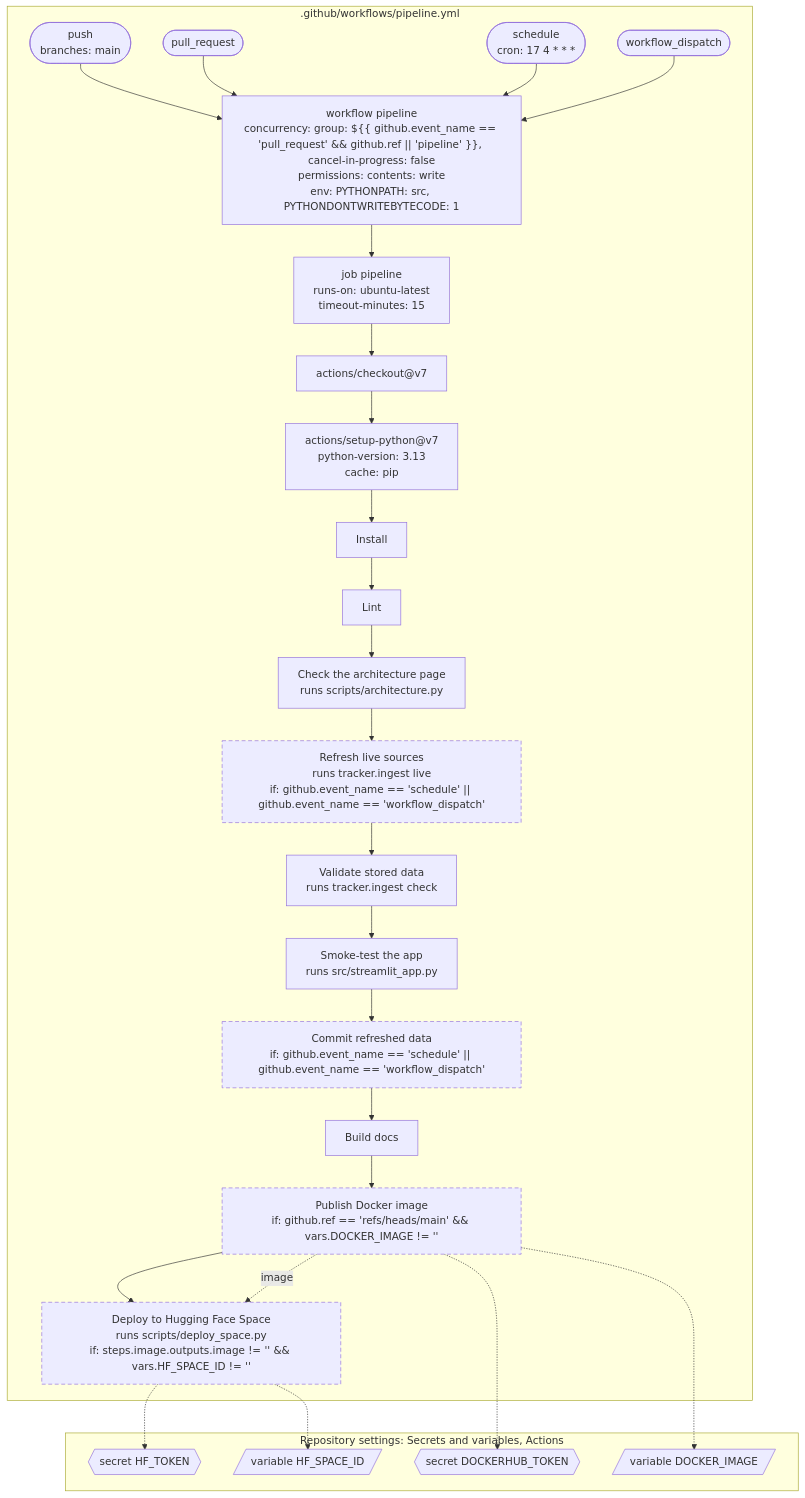
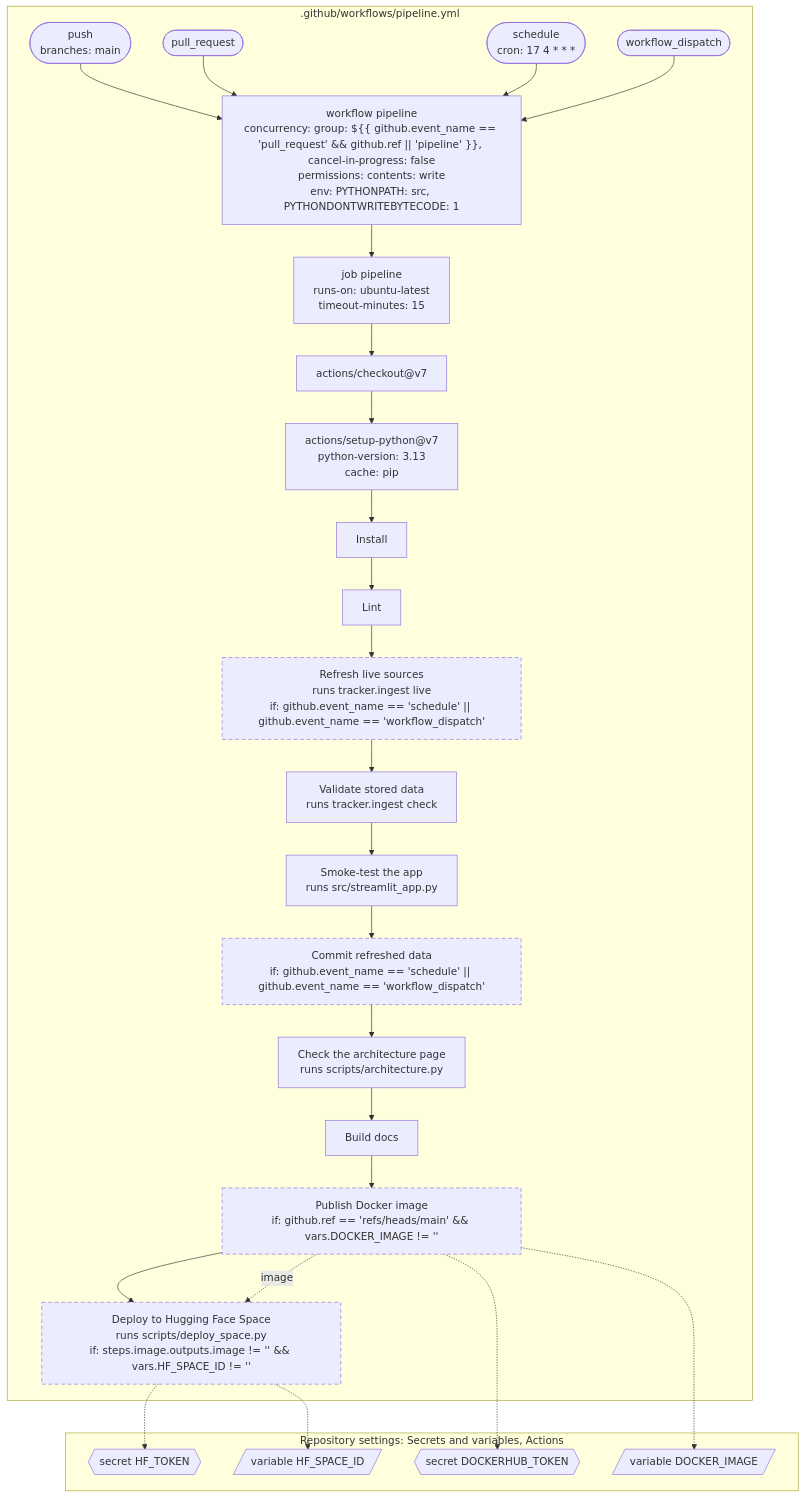
Before and after one commit to tryph0n/hybrid-tracker: the second of 3 diagrams in docs/architecture.md, drawn with Mermaid. The commit also changed 4 other files, not shown here.

First line of the commit message:
docs: fix Mermaid titles and run the doc checks after the data commit

````diff
--- a/docs/architecture.md
+++ b/docs/architecture.md
@@ -58,55 +58,55 @@
 ```mermaid
 ---
 config: {"flowchart": {"wrappingWidth": 400}}
 ---
 flowchart TB
   classDef conditional stroke-dasharray: 6 4
   subgraph workflow_pipeline_yml_box[".github/workflows/pipeline.yml"]
     on_pipeline_yml_push(["push<br/>branches: main"])
     on_pipeline_yml_push --> workflow_pipeline_yml
     on_pipeline_yml_pull_request(["pull_request"])
     on_pipeline_yml_pull_request --> workflow_pipeline_yml
     on_pipeline_yml_schedule(["schedule<br/>cron: 17 4 * * *"])
     on_pipeline_yml_schedule --> workflow_pipeline_yml
     on_pipeline_yml_workflow_dispatch(["workflow_dispatch"])
     on_pipeline_yml_workflow_dispatch --> workflow_pipeline_yml
     workflow_pipeline_yml["workflow pipeline<br/>concurrency: group: ${{ github.event_name == 'pull_request' #amp;#amp; github.ref || 'pipeline' }}, cancel-in-progress: false<br/>permissions: contents: write<br/>env: PYTHONPATH: src, PYTHONDONTWRITEBYTECODE: 1"]
     job_pipeline_yml_pipeline["job pipeline<br/>runs-on: ubuntu-latest<br/>timeout-minutes: 15"]
     workflow_pipeline_yml --> job_pipeline_yml_pipeline
     step_actions_checkout_v7["actions/checkout@v7"]
     job_pipeline_yml_pipeline --> step_actions_checkout_v7
     step_actions_setup_python_v7["actions/setup-python@v7<br/>python-version: 3.13<br/>cache: pip"]
     step_actions_checkout_v7 --> step_actions_setup_python_v7
     step_Install["Install"]
     step_actions_setup_python_v7 --> step_Install
     step_Lint["Lint"]
     step_Install --> step_Lint
-    step_Check_the_architecture_page["Check the architecture page<br/>runs scripts/architecture.py"]
-    step_Lint --> step_Check_the_architecture_page
     step_Refresh_live_sources["Refresh live sources<br/>runs tracker.ingest live<br/>if: github.event_name == 'schedule' || github.event_name == 'workflow_dispatch'"]:::conditional
-    step_Check_the_architecture_page --> step_Refresh_live_sources
+    step_Lint --> step_Refresh_live_sources
     step_Validate_stored_data["Validate stored data<br/>runs tracker.ingest check"]
     step_Refresh_live_sources --> step_Validate_stored_data
     step_Smoke_test_the_app["Smoke-test the app<br/>runs src/streamlit_app.py"]
     step_Validate_stored_data --> step_Smoke_test_the_app
     step_Commit_refreshed_data["Commit refreshed data<br/>if: github.event_name == 'schedule' || github.event_name == 'workflow_dispatch'"]:::conditional
     step_Smoke_test_the_app --> step_Commit_refreshed_data
+    step_Check_the_architecture_page["Check the architecture page<br/>runs scripts/architecture.py"]
+    step_Commit_refreshed_data --> step_Check_the_architecture_page
     step_Build_docs["Build docs"]
-    step_Commit_refreshed_data --> step_Build_docs
+    step_Check_the_architecture_page --> step_Build_docs
     step_Publish_Docker_image["Publish Docker image<br/>if: github.ref == 'refs/heads/main' #amp;#amp; vars.DOCKER_IMAGE != ''"]:::conditional
     step_Build_docs --> step_Publish_Docker_image
     step_Deploy_to_Hugging_Face_Space["Deploy to Hugging Face Space<br/>runs scripts/deploy_space.py<br/>if: steps.image.outputs.image != '' #amp;#amp; vars.HF_SPACE_ID != ''"]:::conditional
     step_Publish_Docker_image --> step_Deploy_to_Hugging_Face_Space
   end
   step_Publish_Docker_image -.->|image| step_Deploy_to_Hugging_Face_Space
   subgraph settings["Repository settings: Secrets and variables, Actions"]
     secrets_DOCKERHUB_TOKEN{{"secret DOCKERHUB_TOKEN"}}
     secrets_HF_TOKEN{{"secret HF_TOKEN"}}
     vars_DOCKER_IMAGE[/"variable DOCKER_IMAGE"/]
     vars_HF_SPACE_ID[/"variable HF_SPACE_ID"/]
   end
   step_Publish_Docker_image -.-> secrets_DOCKERHUB_TOKEN
   step_Deploy_to_Hugging_Face_Space -.-> secrets_HF_TOKEN
   step_Publish_Docker_image -.-> vars_DOCKER_IMAGE
   step_Deploy_to_Hugging_Face_Space -.-> vars_HF_SPACE_ID
 ```
````
